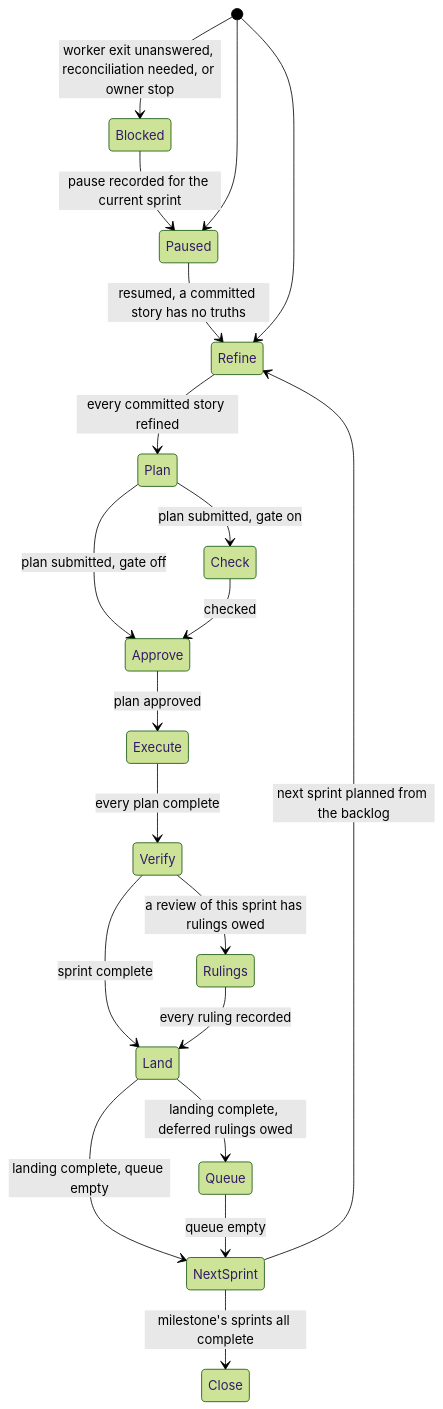
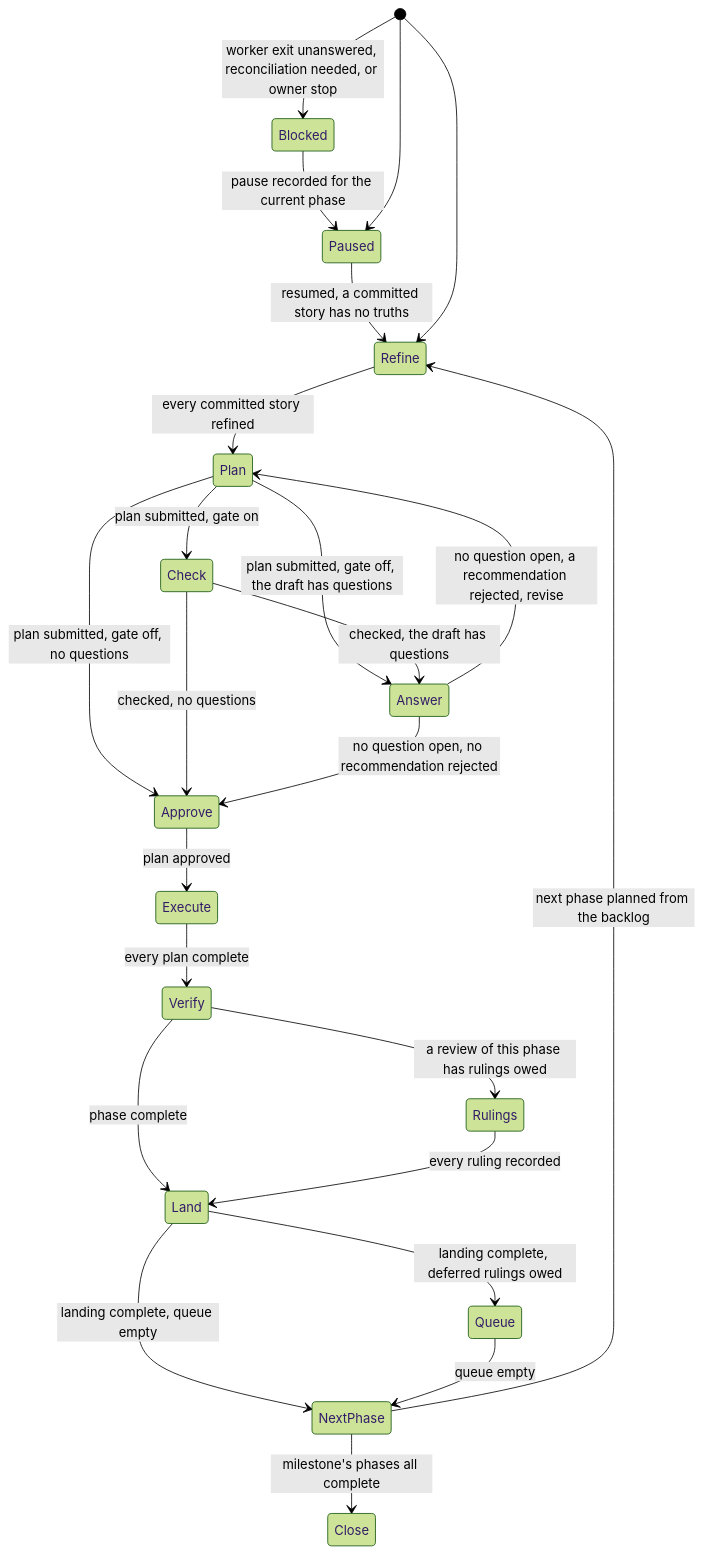
One commit to crenshawdev/baley changed the first of 3 diagrams in docs/design/0013-next-action-and-progress.md. Above: the diagram before and after it, drawn with Mermaid (forest theme). The commit also changed other lines of this file and 21 other files, not shown here.

````diff
--- a/docs/design/0013-next-action-and-progress.md
+++ b/docs/design/0013-next-action-and-progress.md
@@ -104,22 +105,26 @@
 ```mermaid
 stateDiagram-v2
   [*] --> Blocked: worker exit unanswered, reconciliation needed, or owner stop
-  Blocked --> Paused: pause recorded for the current sprint
+  Blocked --> Paused: pause recorded for the current phase
   [*] --> Paused
   Paused --> Refine: resumed, a committed story has no truths
   [*] --> Refine
   Refine --> Plan: every committed story refined
   Plan --> Check: plan submitted, gate on
-  Plan --> Approve: plan submitted, gate off
-  Check --> Approve: checked
+  Plan --> Answer: plan submitted, gate off, the draft has questions
+  Plan --> Approve: plan submitted, gate off, no questions
+  Check --> Answer: checked, the draft has questions
+  Check --> Approve: checked, no questions
+  Answer --> Approve: no question open, no recommendation rejected
+  Answer --> Plan: no question open, a recommendation rejected, revise
   Approve --> Execute: plan approved
   Execute --> Verify: every plan complete
-  Verify --> Rulings: a review of this sprint has rulings owed
-  Verify --> Land: sprint complete
+  Verify --> Rulings: a review of this phase has rulings owed
+  Verify --> Land: phase complete
   Rulings --> Land: every ruling recorded
   Land --> Queue: landing complete, deferred rulings owed
-  Land --> NextSprint: landing complete, queue empty
-  Queue --> NextSprint: queue empty
-  NextSprint --> Close: milestone's sprints all complete
-  NextSprint --> Refine: next sprint planned from the backlog
+  Land --> NextPhase: landing complete, queue empty
+  Queue --> NextPhase: queue empty
+  NextPhase --> Close: milestone's phases all complete
+  NextPhase --> Refine: next phase planned from the backlog
 ```
````
